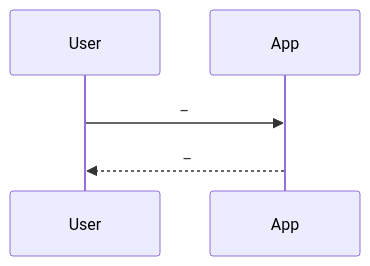
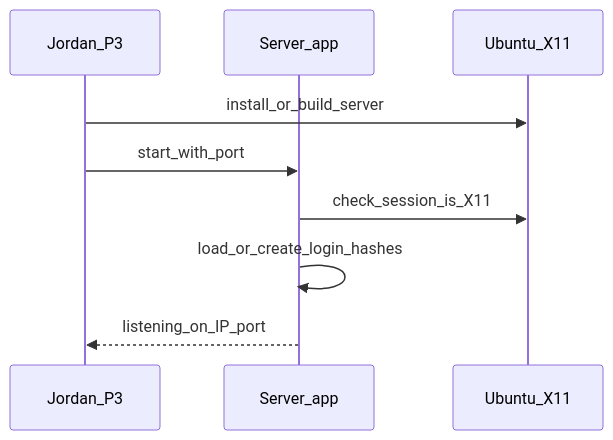
One commit to ArmaghanAsghar/TeamViewer changed the second of 9 diagrams in .cursor/brain/FLOWS.md. Above: the diagram before and after it, drawn with Mermaid. The commit also changed other lines of this file and 12 other files, not shown here.

````diff
--- a/.cursor/brain/FLOWS.md
+++ b/.cursor/brain/FLOWS.md
@@ -26,7 +36,11 @@
 ```mermaid
 sequenceDiagram
-  participant U as User
-  participant App as App
-  U->>App: _
-  App-->>U: _
+  participant Jordan as Jordan_P3
+  participant Server as Server_app
+  participant OS as Ubuntu_X11
+  Jordan->>OS: install_or_build_server
+  Jordan->>Server: start_with_port
+  Server->>OS: check_session_is_X11
+  Server->>Server: load_or_create_login_hashes
+  Server-->>Jordan: listening_on_IP_port
 ```
````
